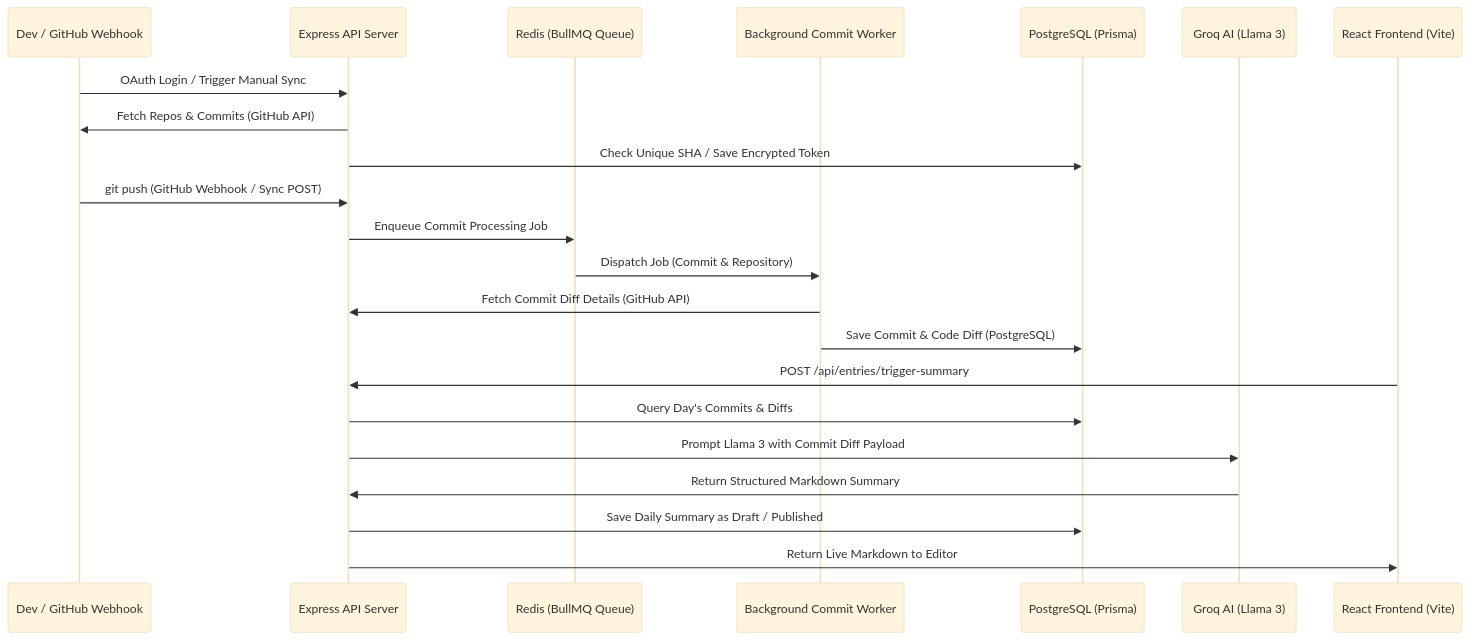
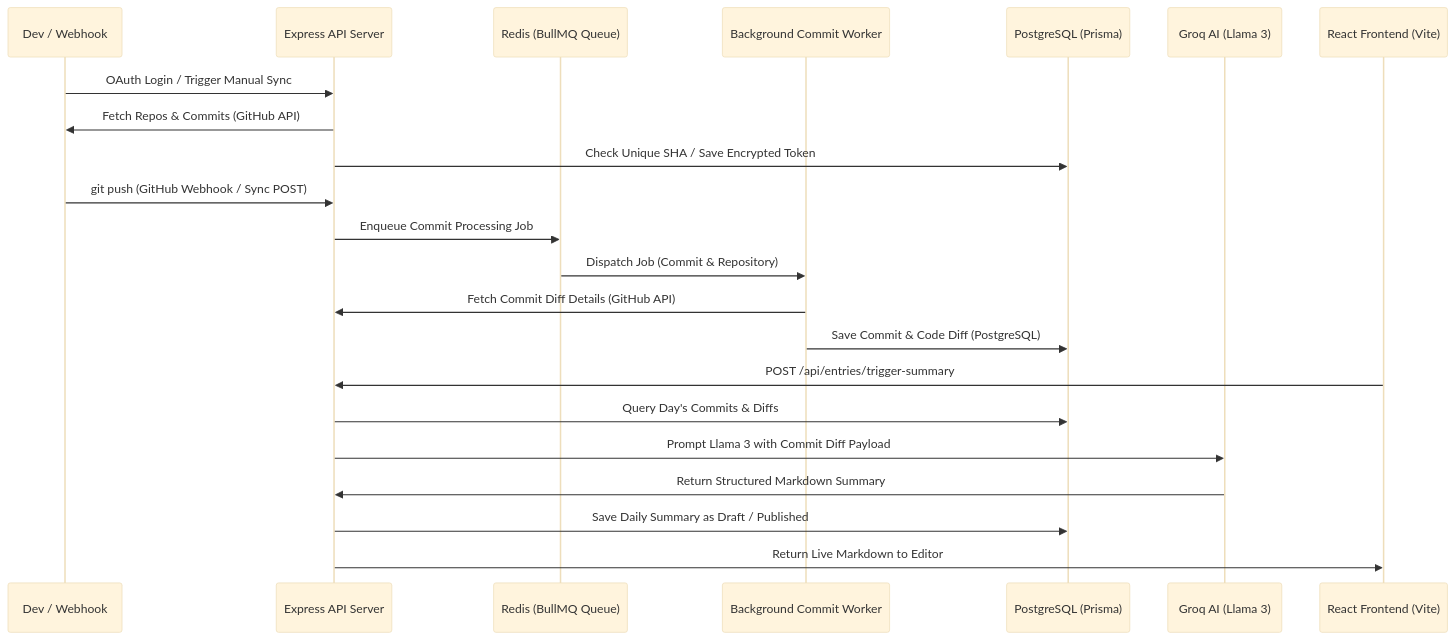
The diagram in README.md (chavaliadi/devlog), drawn with Mermaid (base theme) before and after one commit. The commit also changed other lines of this file and 11 other files, not shown here.

````diff
--- a/README.md
+++ b/README.md
@@ -51,30 +75,30 @@
 ```mermaid
 sequenceDiagram
-    participant Developer as Dev / GitHub Webhook
+    participant Developer as Dev / Webhook
     participant Backend as Express API Server
     participant Redis as Redis (BullMQ Queue)
     participant Worker as Background Commit Worker
     participant DB as PostgreSQL (Prisma)
     participant Groq as Groq AI (Llama 3)
     participant UI as React Frontend (Vite)
 
     %% OAuth and Sync Process
     Developer->>Backend: OAuth Login / Trigger Manual Sync
     Backend->>Developer: Fetch Repos & Commits (GitHub API)
     Backend->>DB: Check Unique SHA / Save Encrypted Token
 
     %% Ingestion Pipeline
     Developer->>Backend: git push (GitHub Webhook / Sync POST)
     Backend->>Redis: Enqueue Commit Processing Job
     Redis->>Worker: Dispatch Job (Commit & Repository)
     Worker->>Backend: Fetch Commit Diff Details (GitHub API)
     Worker->>DB: Save Commit & Code Diff (PostgreSQL)
 
     %% Summary Compiling Flow
     UI->>Backend: POST /api/entries/trigger-summary
     Backend->>DB: Query Day's Commits & Diffs
     Backend->>Groq: Prompt Llama 3 with Commit Diff Payload
     Groq->>Backend: Return Structured Markdown Summary
     Backend->>DB: Save Daily Summary as Draft / Published
     Backend->>UI: Return Live Markdown to Editor
 ```
````
